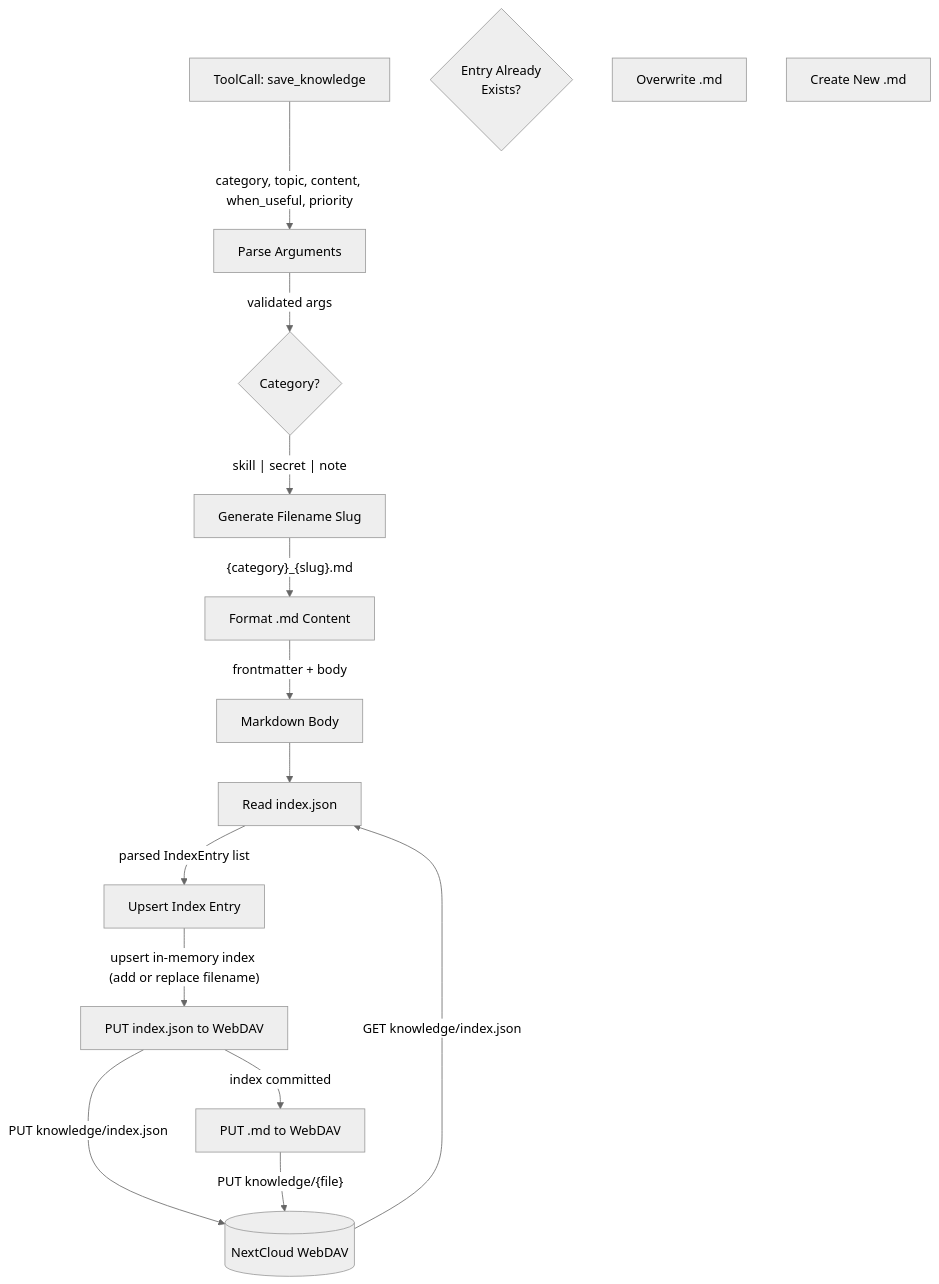
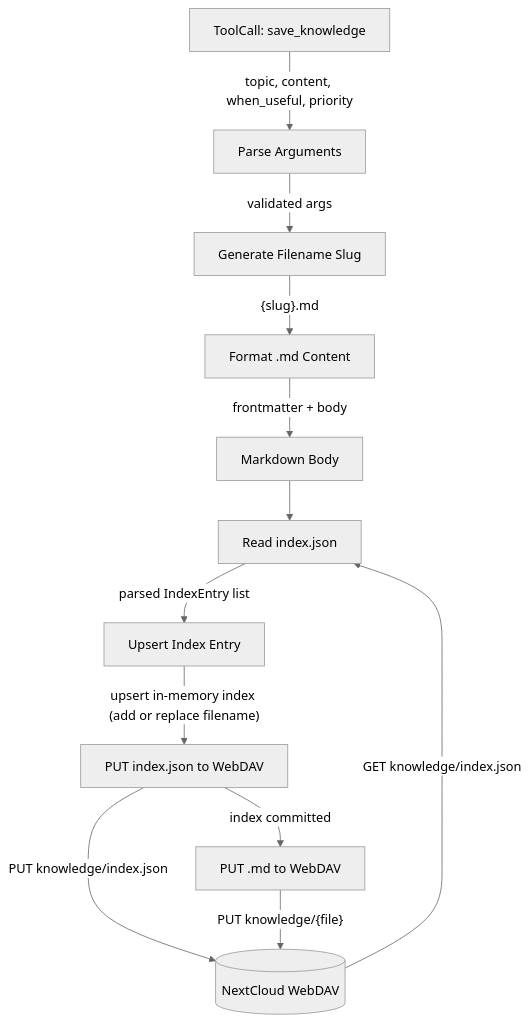
One commit to cosmoswafer/rockbot changed the fourth of 5 diagrams in _dfd/base/knowledge.md. Above: the diagram before and after it, drawn with Mermaid (neutral theme). The commit also changed other lines of this file and 6 other files, not shown here.

````diff
--- a/_dfd/base/knowledge.md
+++ b/_dfd/base/knowledge.md
@@ -146,30 +136,25 @@
 ```mermaid
 flowchart TD
     CALL[ToolCall: save_knowledge]
     PARSE[Parse Arguments]
-    CATEGORY{Category?}
     SLUG[Generate Filename Slug]
     FORMAT[Format .md Content]
     MD_BODY[Markdown Body]
-    EXISTING{Entry Already<br/>Exists?}
-    OVERWRITE[Overwrite .md]
-    NEW_FILE[Create New .md]
     READ_IDX[Read index.json]
     UPSERT[Upsert Index Entry]
     PUT_MD[PUT .md to WebDAV]
     PUT_IDX[PUT index.json to WebDAV]
     DAV[(NextCloud WebDAV)]
 
-    CALL -->|"category, topic, content, when_useful, priority"| PARSE
-    PARSE -->|"validated args"| CATEGORY
-    CATEGORY -->|"skill | secret | note"| SLUG
-    SLUG -->|"{category}_{slug}.md"| FORMAT
+    CALL -->|"topic, content, when_useful, priority"| PARSE
+    PARSE -->|"validated args"| SLUG
+    SLUG -->|"{slug}.md"| FORMAT
     FORMAT -->|"frontmatter + body"| MD_BODY
     MD_BODY --> READ_IDX
     DAV -->|"GET knowledge/index.json"| READ_IDX
     READ_IDX -->|"parsed IndexEntry list"| UPSERT
     UPSERT -->|"upsert in-memory index (add or replace filename)"| PUT_IDX
     PUT_IDX -->|"PUT knowledge/index.json"| DAV
     PUT_IDX -->|"index committed"| PUT_MD
     PUT_MD -->|"PUT knowledge/{file}"| DAV
 ```
````
